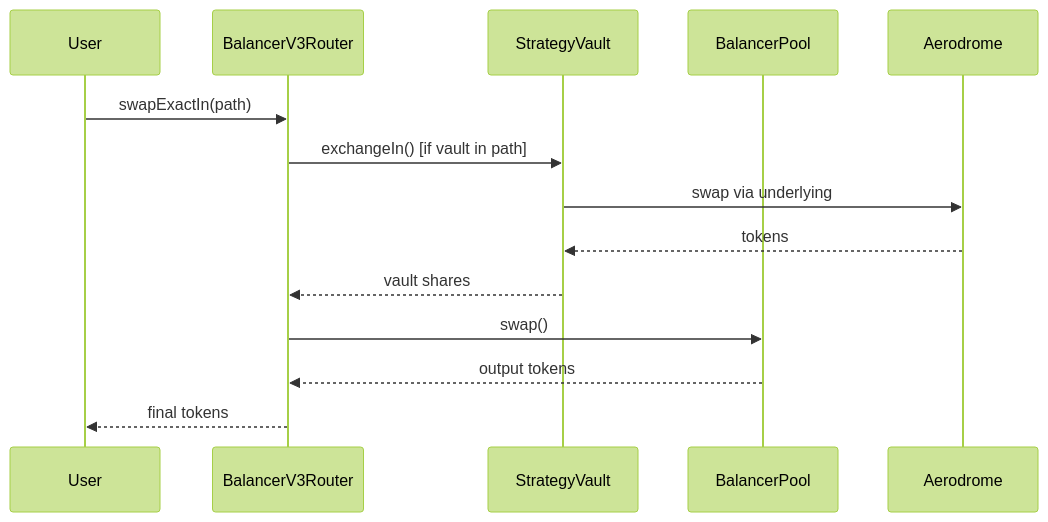
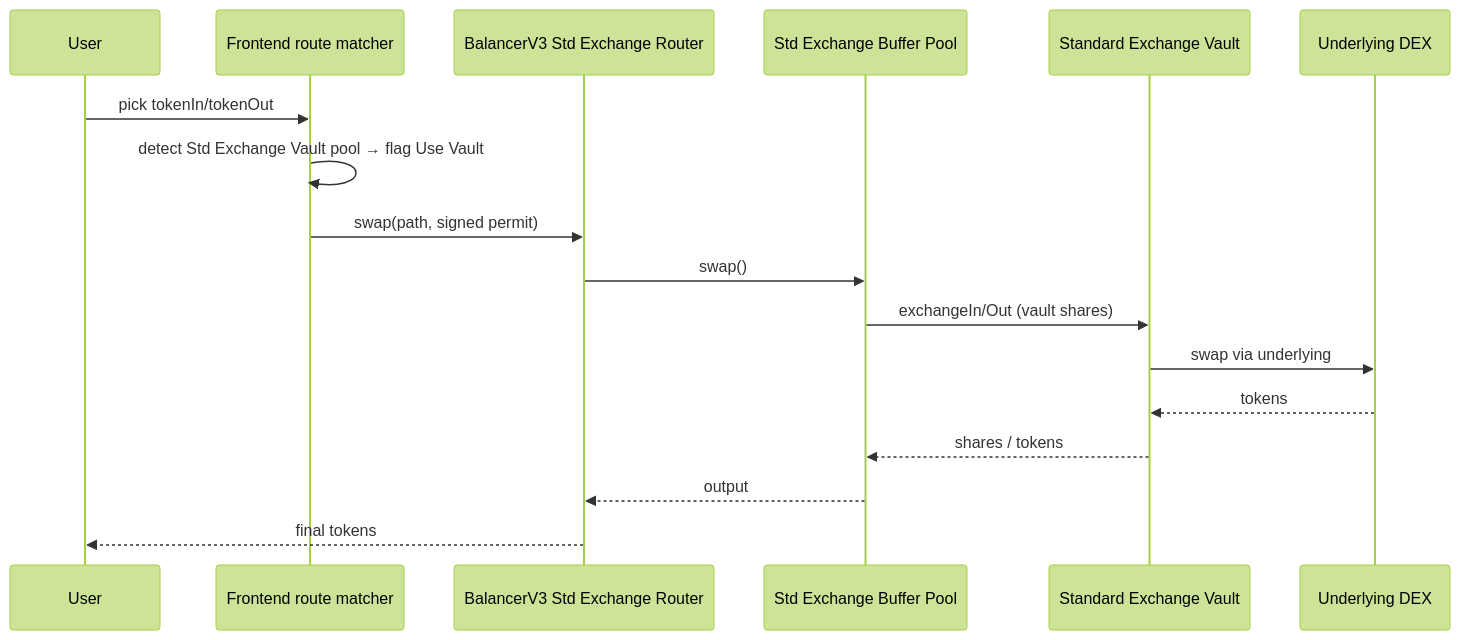
Before and after one commit to cyotee/indexedex: the third of 4 diagrams in docs/CODEBASE_MAP.md, drawn with Mermaid (forest theme). The commit also changed other lines of this file and 11 other files, not shown here.

````diff
--- a/docs/CODEBASE_MAP.md
+++ b/docs/CODEBASE_MAP.md
@@ -351,17 +303,20 @@
 ```mermaid
 sequenceDiagram
     participant User
-    participant Router as BalancerV3Router
-    participant Vault as StrategyVault
-    participant Pool as BalancerPool
-    participant DEX as Aerodrome
+    participant UI as Frontend route matcher
+    participant Router as BalancerV3 Std Exchange Router
+    participant Pool as Std Exchange Buffer Pool
+    participant Vault as Standard Exchange Vault
+    participant DEX as Underlying DEX
 
-    User->>Router: swapExactIn(path)
-    Router->>Vault: exchangeIn() [if vault in path]
+    User->>UI: pick tokenIn/tokenOut
+    UI->>UI: detect Std Exchange Vault pool → flag Use Vault
+    UI->>Router: swap(path, signed permit)
+    Router->>Pool: swap()
+    Pool->>Vault: exchangeIn/Out (vault shares)
     Vault->>DEX: swap via underlying
     DEX-->>Vault: tokens
-    Vault-->>Router: vault shares
-    Router->>Pool: swap()
-    Pool-->>Router: output tokens
+    Vault-->>Pool: shares / tokens
+    Pool-->>Router: output
     Router-->>User: final tokens
 ```
````
